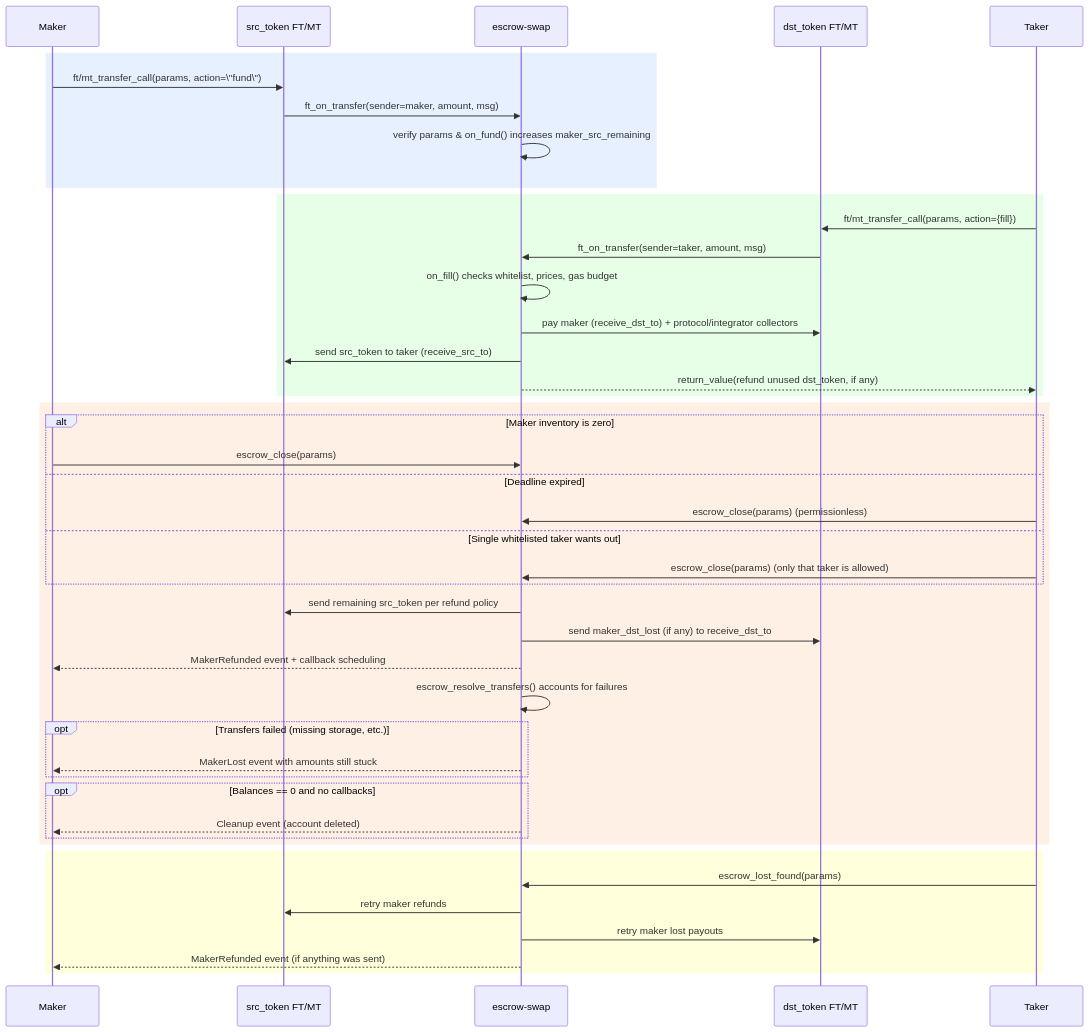
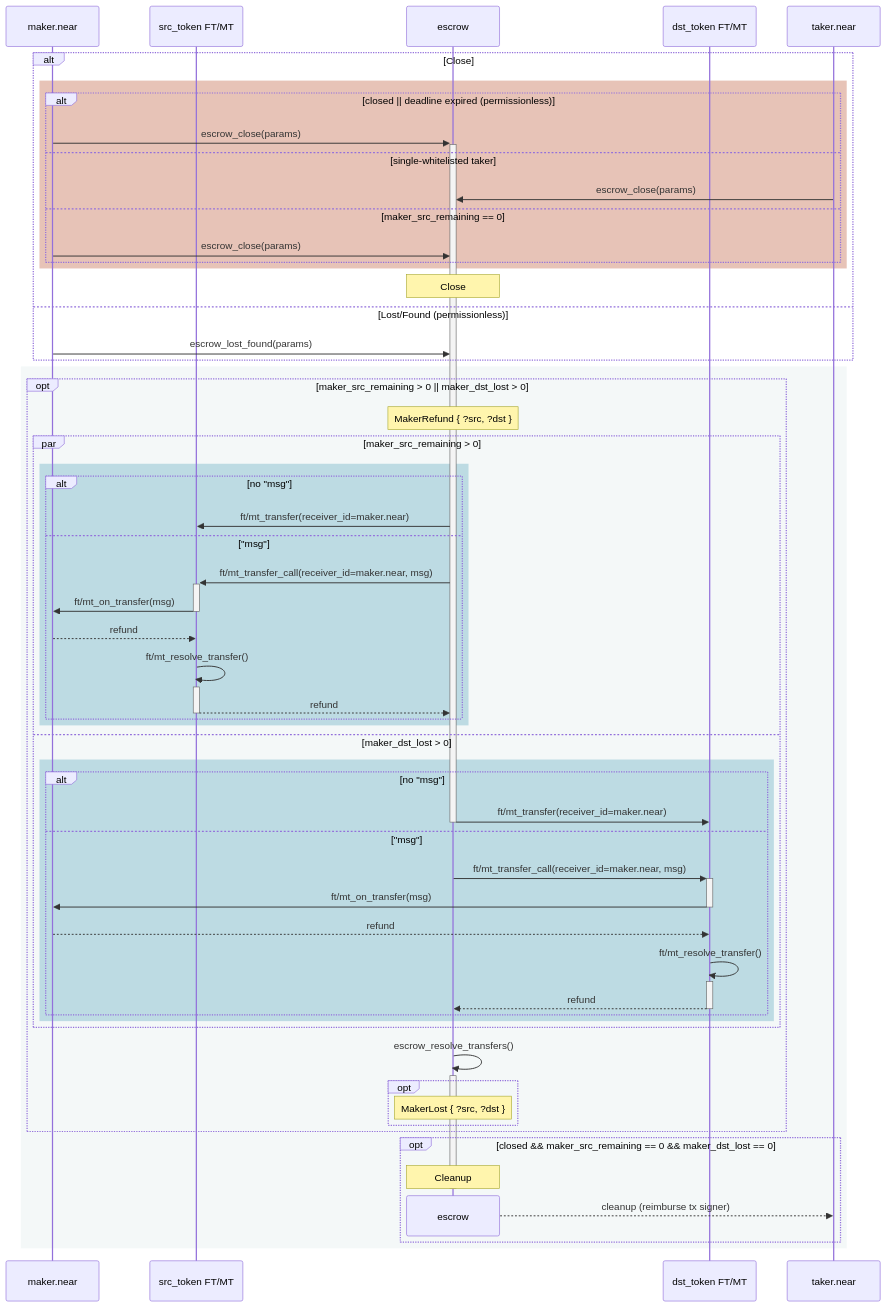
The third of 3 diagrams in escrow-swap/README.md (near/intents), drawn with Mermaid before and after one commit. The commit also changed other lines of this file and 4 other files, not shown here.

````diff
--- a/escrow-swap/README.md
+++ b/escrow-swap/README.md
@@ -26,50 +326,65 @@
 ```mermaid
 sequenceDiagram
-    participant Maker
-    participant SrcToken as src_token FT/MT
-    participant Escrow as escrow-swap
-    participant DstToken as dst_token FT/MT
-    participant Taker
+  participant maker as maker.near
+  participant src_token as src_token FT/MT
+  participant escrow as escrow
+  participant dst_token as dst_token FT/MT
+  participant taker as taker.near
 
-    rect rgb(230,240,255)
-        Maker->>SrcToken: ft/mt_transfer_call(params, action=\"fund\")
-        SrcToken->>Escrow: ft_on_transfer(sender=maker, amount, msg)
-        Escrow->>Escrow: verify params & on_fund() increases maker_src_remaining
+  alt Close
+    rect rgba(208, 135, 112, 0.5)
+      alt closed || deadline expired (permissionless)
+        maker->>+escrow: escrow_close(params)
+      else single-whitelisted taker
+        taker->>escrow: escrow_close(params)
+      else maker_src_remaining == 0
+        maker->>escrow: escrow_close(params)
+      end
     end
-
-    rect rgb(230,255,230)
-        Taker->>DstToken: ft/mt_transfer_call(params, action={fill})
-        DstToken->>Escrow: ft_on_transfer(sender=taker, amount, msg)
-        Escrow->>Escrow: on_fill() checks whitelist, prices, gas budget
-        Escrow->>DstToken: pay maker (receive_dst_to) + protocol/integrator collectors
-        Escrow->>SrcToken: send src_token to taker (receive_src_to)
-        Escrow-->>Taker: return_value(refund unused dst_token, if any)
+    Note over escrow: Close
+  else Lost/Found (permissionless)
+    maker->>escrow: escrow_lost_found(params)
+  end
+  
+  rect rgba(143, 188, 187, 0.1)
+    opt maker_src_remaining > 0 || maker_dst_lost > 0
+      Note over escrow: MakerRefund { ?src, ?dst }
+      par maker_src_remaining > 0
+        rect rgba(136, 192, 208, 0.5)
+          alt no "msg"
+            escrow->>src_token: ft/mt_transfer(receiver_id=maker.near)
+          else "msg"
+            escrow->>+src_token: ft/mt_transfer_call(receiver_id=maker.near, msg)
+            src_token->>-maker: ft/mt_on_transfer(msg)
+            maker-->>src_token: refund
+            src_token->>+src_token: ft/mt_resolve_transfer()
+            src_token-->>-escrow: refund
+          end
+        end
+      and maker_dst_lost > 0
+        rect rgba(136, 192, 208, 0.5)
+          alt no "msg"
+            escrow->>-dst_token: ft/mt_transfer(receiver_id=maker.near)
+          else "msg"
+            escrow->>+dst_token: ft/mt_transfer_call(receiver_id=maker.near, msg)
+            dst_token->>-maker: ft/mt_on_transfer(msg)
+            maker-->>dst_token: refund
+            dst_token->>+dst_token: ft/mt_resolve_transfer()
+            dst_token-->>-escrow: refund
+          end
+        end
+      end
+      
+      escrow->>+escrow: escrow_resolve_transfers()
+      opt
+        Note over escrow: MakerLost { ?src, ?dst }
+      end
     end
-
-    rect rgb(255,240,230)
-        alt Maker inventory is zero
-            Maker->>Escrow: escrow_close(params)
-        else Deadline expired
-            Taker->>Escrow: escrow_close(params) (permissionless)
-        else Single whitelisted taker wants out
-            Taker->>Escrow: escrow_close(params) (only that taker is allowed)
-        end
-        Escrow->>SrcToken: send remaining src_token per refund policy
-        Escrow->>DstToken: send maker_dst_lost (if any) to receive_dst_to
-        Escrow-->>Maker: MakerRefunded event + callback scheduling
-        Escrow->>Escrow: escrow_resolve_transfers() accounts for failures
-        opt Transfers failed (missing storage, etc.)
-            Escrow-->>Maker: MakerLost event with amounts still stuck
-        end
-        opt Balances == 0 and no callbacks
-            Escrow-->>Maker: Cleanup event (account deleted)
-        end
+    opt closed && maker_src_remaining == 0 && maker_dst_lost == 0
+      Note over escrow: Cleanup
+      deactivate escrow
+      destroy escrow
+      escrow-->>taker: cleanup (reimburse tx signer)
     end
-
-    rect rgb(255,255,220)
-        Taker->>Escrow: escrow_lost_found(params)
-        Escrow->>SrcToken: retry maker refunds
-        Escrow->>DstToken: retry maker lost payouts
-        Escrow-->>Maker: MakerRefunded event (if anything was sent)
-    end
+  end
 ```
````
